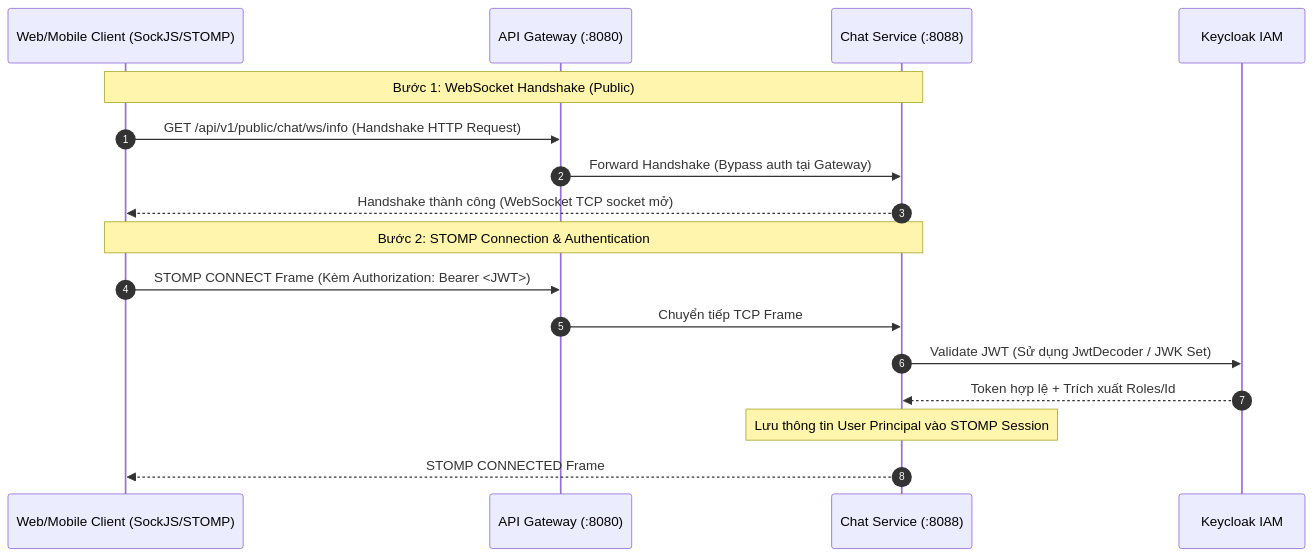
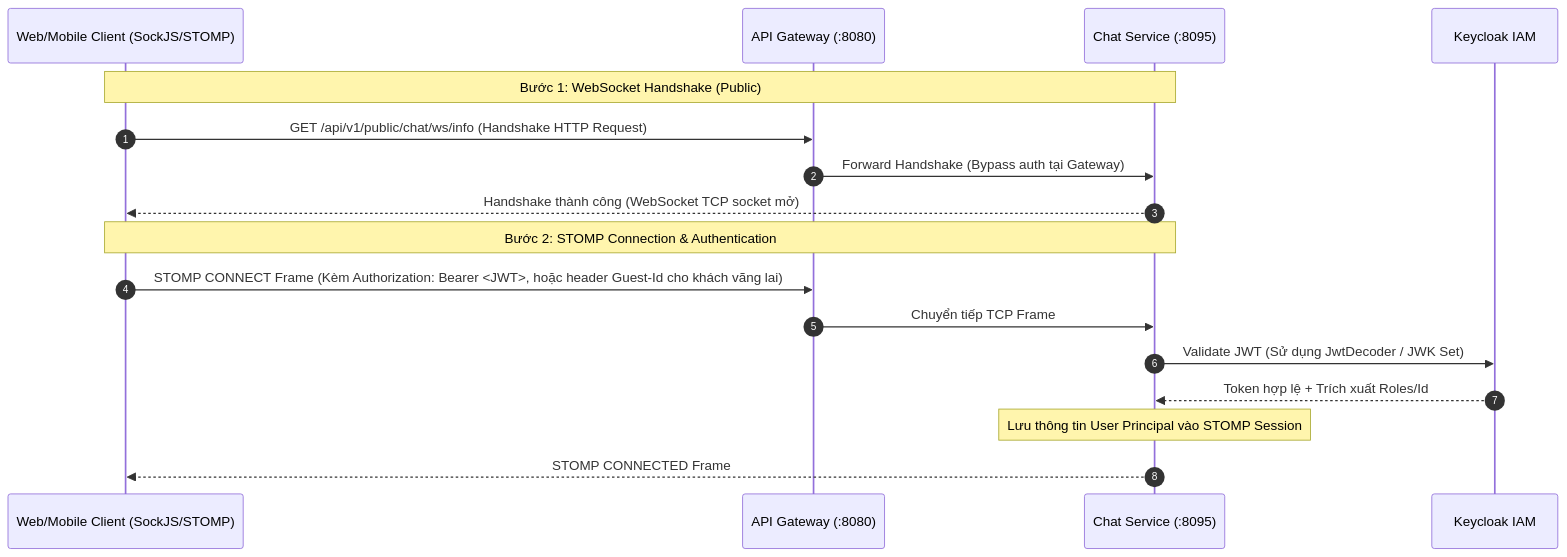
The first of 2 diagrams in docs/services/10_CHAT_SERVICE.md (Thuannd24/Graduation-Project), drawn with Mermaid before and after one commit. The commit also changed other lines of this file and 19 other files, not shown here.

````diff
--- a/docs/services/10_CHAT_SERVICE.md
+++ b/docs/services/10_CHAT_SERVICE.md
@@ -46,21 +48,21 @@
 ```mermaid
 sequenceDiagram
     autonumber
     participant Client as Web/Mobile Client (SockJS/STOMP)
     participant Gateway as API Gateway (:8080)
-    participant ChatService as Chat Service (:8088)
+    participant ChatService as Chat Service (:8095)
     participant Keycloak as Keycloak IAM
 
     Note over Client,ChatService: Bước 1: WebSocket Handshake (Public)
     Client->>Gateway: GET /api/v1/public/chat/ws/info (Handshake HTTP Request)
     Gateway->>ChatService: Forward Handshake (Bypass auth tại Gateway)
     ChatService-->>Client: Handshake thành công (WebSocket TCP socket mở)
 
     Note over Client,ChatService: Bước 2: STOMP Connection & Authentication
-    Client->>Gateway: STOMP CONNECT Frame (Kèm Authorization: Bearer <JWT>)
+    Client->>Gateway: STOMP CONNECT Frame (Kèm Authorization: Bearer <JWT>, hoặc header Guest-Id cho khách vãng lai)
     Gateway->>ChatService: Chuyển tiếp TCP Frame
     ChatService->>Keycloak: Validate JWT (Sử dụng JwtDecoder / JWK Set)
     Keycloak-->>ChatService: Token hợp lệ + Trích xuất Roles/Id
     Note over ChatService: Lưu thông tin User Principal vào STOMP Session
     ChatService-->>Client: STOMP CONNECTED Frame
 ```
````
